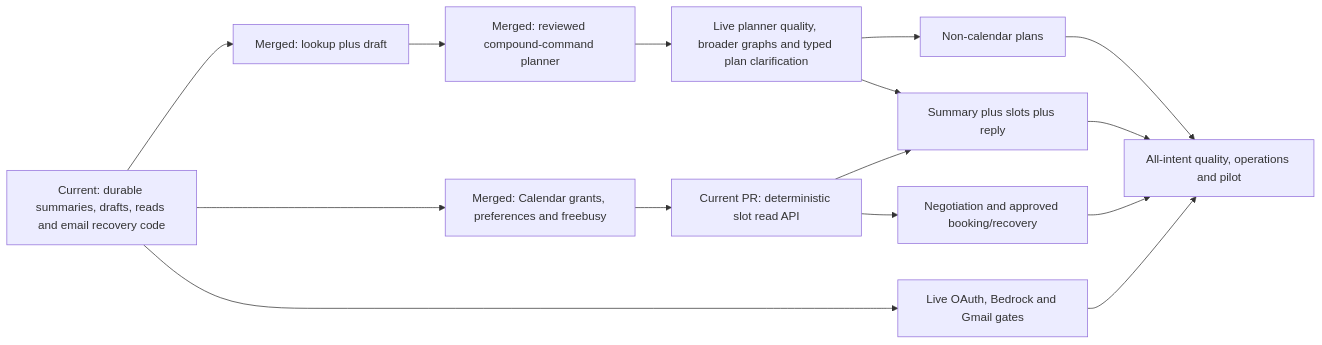
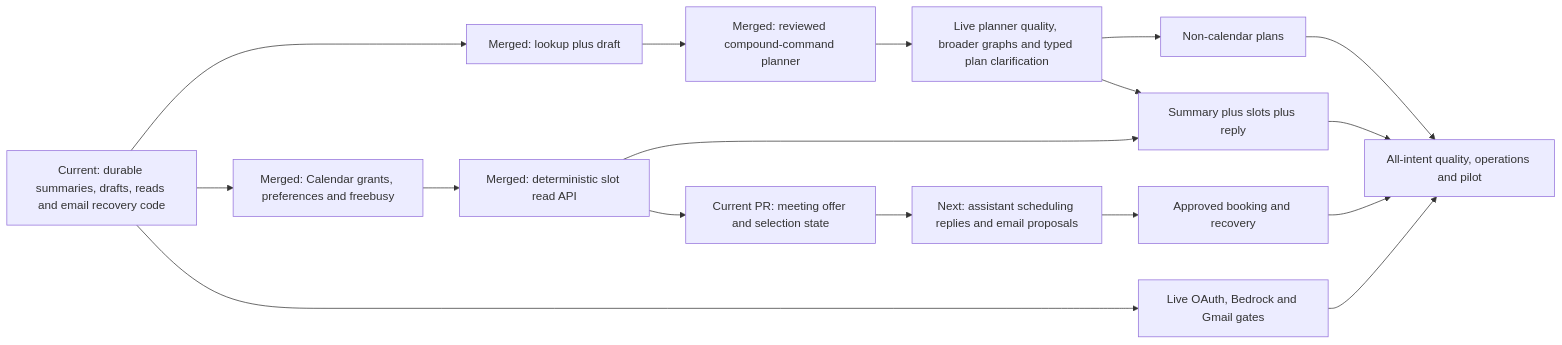
Before and after one commit to bhowmikdham/Threadly: the diagram in docs/backend-progress.md, drawn with Mermaid. The commit also changed other lines of this file and 20 other files, not shown here.

````diff
--- a/docs/backend-progress.md
+++ b/docs/backend-progress.md
@@ -100,17 +123,19 @@
 ```mermaid
 flowchart LR
     A[Current: durable summaries, drafts, reads and email recovery code] --> B[Merged: lookup plus draft]
     B --> P[Merged: reviewed compound-command planner]
     P --> C[Live planner quality, broader graphs and typed plan clarification]
     C --> D[Non-calendar plans]
     A --> E[Merged: Calendar grants, preferences and freebusy]
-    E --> F[Current PR: deterministic slot read API]
+    E --> F[Merged: deterministic slot read API]
+    F --> N[Current PR: meeting offer and selection state]
+    N --> S[Next: assistant scheduling replies and email proposals]
     C --> G[Summary plus slots plus reply]
     F --> G
-    F --> H[Negotiation and approved booking/recovery]
+    S --> H[Approved booking and recovery]
     A --> I[Live OAuth, Bedrock and Gmail gates]
     D --> J[All-intent quality, operations and pilot]
     G --> J
     H --> J
     I --> J
 ```
````
